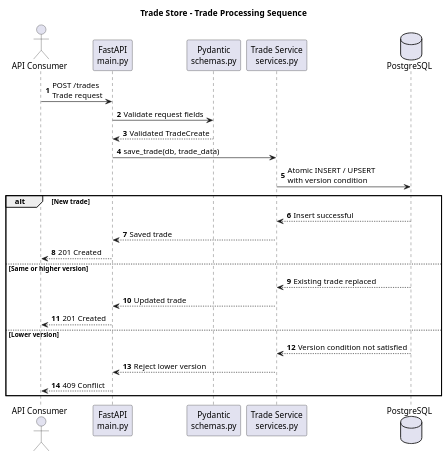
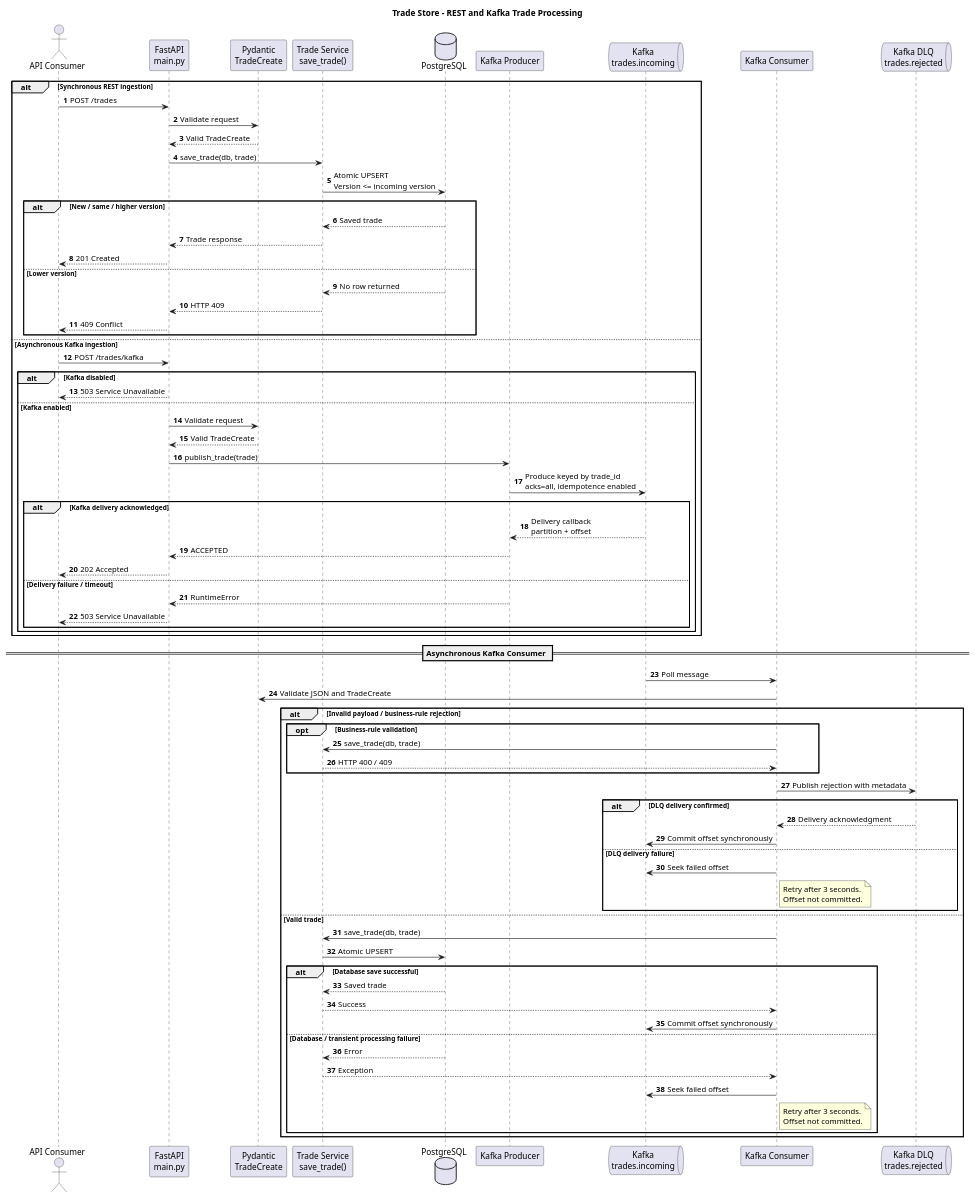
Before and after one commit to mahen0202/dws-trade-store: the diagram in docs/trade-processing-sequence.puml, drawn with PlantUML. The commit also changed 19 other files, not shown here.

Commit message:
Add Kafka trade ingestion, consumers, DLQ, tests and documentation

```diff
--- a/docs/trade-processing-sequence.puml
+++ b/docs/trade-processing-sequence.puml
@@ -2,33 +1,100 @@
 @startuml Trade_Processing_Sequence
-title Trade Store - Trade Processing Sequence
+title Trade Store - REST and Kafka Trade Processing
 
 autonumber
 
 actor "API Consumer" as Client
 participant "FastAPI\nmain.py" as API
-participant "Pydantic\nschemas.py" as Schema
-participant "Trade Service\nservices.py" as Service
+participant "Pydantic\nTradeCreate" as Schema
+participant "Trade Service\nsave_trade()" as Service
 database "PostgreSQL" as DB
+participant "Kafka Producer" as Producer
+queue "Kafka\ntrades.incoming" as Kafka
+participant "Kafka Consumer" as Consumer
+queue "Kafka DLQ\ntrades.rejected" as DLQ
 
-Client -> API: POST /trades\nTrade request
-API -> Schema: Validate request fields
-Schema --> API: Validated TradeCreate
+alt Synchronous REST ingestion
+    Client -> API: POST /trades
+    API -> Schema: Validate request
+    Schema --> API: Valid TradeCreate
 
-API -> Service: save_trade(db, trade_data)
-Service -> DB: Atomic INSERT / UPSERT\nwith version condition
+    API -> Service: save_trade(db, trade)
+    Service -> DB: Atomic UPSERT\nVersion <= incoming version
 
-alt New trade
-    DB --> Service: Insert successful
-    Service --> API: Saved trade
-    API --> Client: 201 Created
-else Same or higher version
-    DB --> Service: Existing trade replaced
-    Service --> API: Updated trade
-    API --> Client: 201 Created
-else Lower version
-    DB --> Service: Version condition not satisfied
-    Service --> API: Reject lower version
-    API --> Client: 409 Conflict
+    alt New / same / higher version
+        DB --> Service: Saved trade
+        Service --> API: Trade response
+        API --> Client: 201 Created
+    else Lower version
+        DB --> Service: No row returned
+        Service --> API: HTTP 409
+        API --> Client: 409 Conflict
+    end
+
+else Asynchronous Kafka ingestion
+    Client -> API: POST /trades/kafka
+
+    alt Kafka disabled
+        API --> Client: 503 Service Unavailable
+    else Kafka enabled
+        API -> Schema: Validate request
+        Schema --> API: Valid TradeCreate
+
+        API -> Producer: publish_trade(trade)
+        Producer -> Kafka: Produce keyed by trade_id\nacks=all, idempotence enabled
+
+        alt Kafka delivery acknowledged
+            Kafka --> Producer: Delivery callback\npartition + offset
+            Producer --> API: ACCEPTED
+            API --> Client: 202 Accepted
+        else Delivery failure / timeout
+            Producer --> API: RuntimeError
+            API --> Client: 503 Service Unavailable
+        end
+    end
+end
+
+== Asynchronous Kafka Consumer ==
+
+Kafka -> Consumer: Poll message
+
+Consumer -> Schema: Validate JSON and TradeCreate
+
+alt Invalid payload / business-rule rejection
+    opt Business-rule validation
+        Consumer -> Service: save_trade(db, trade)
+        Service --> Consumer: HTTP 400 / 409
+    end
+    Consumer -> DLQ: Publish rejection with metadata
+
+    alt DLQ delivery confirmed
+        DLQ --> Consumer: Delivery acknowledgment
+        Consumer -> Kafka: Commit offset synchronously
+    else DLQ delivery failure
+        Consumer -> Kafka: Seek failed offset
+        note right of Consumer
+          Retry after 3 seconds.
+          Offset not committed.
+        end note
+    end
+
+else Valid trade
+    Consumer -> Service: save_trade(db, trade)
+    Service -> DB: Atomic UPSERT
+
+    alt Database save successful
+        DB --> Service: Saved trade
+        Service --> Consumer: Success
+        Consumer -> Kafka: Commit offset synchronously
+    else Database / transient processing failure
+        DB --> Service: Error
+        Service --> Consumer: Exception
+        Consumer -> Kafka: Seek failed offset
+        note right of Consumer
+          Retry after 3 seconds.
+          Offset not committed.
+        end note
+    end
 end
 
 @enduml
```
